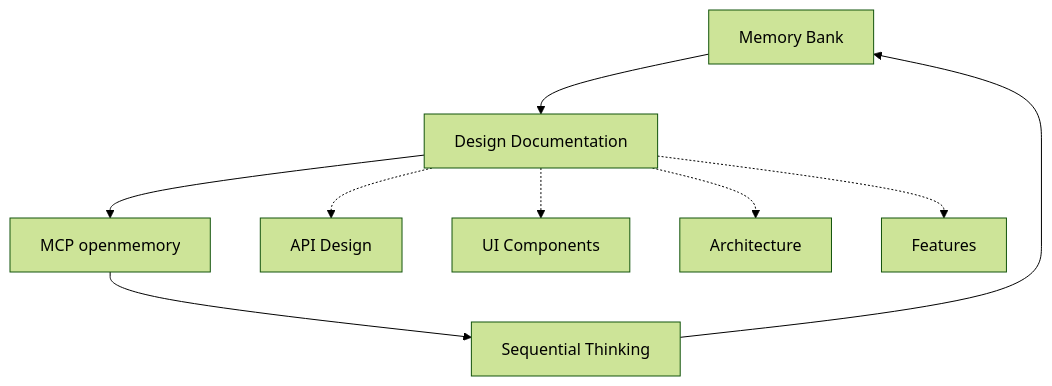
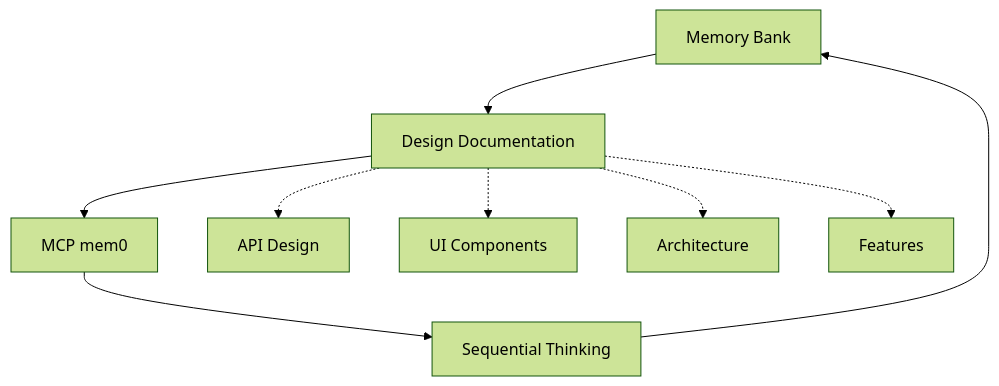
The first of 2 diagrams in .github/instructions/main.instructions.md (vinhltt/3_tihomo), drawn with Mermaid (forest theme) before and after one commit. The commit also changed other lines of this file and 8 other files, not shown here.

````diff
--- a/.github/instructions/main.instructions.md
+++ b/.github/instructions/main.instructions.md
@@ -19,12 +19,12 @@
 ```mermaid
 flowchart TD
     MB[Memory Bank] --> DD[Design Documentation]
-    DD --> MCP[MCP openmemory]
+    DD --> MCP[MCP mem0]
     MCP --> ST[Sequential Thinking]
     ST --> MB
     
     DD -.-> API[API Design]
     DD -.-> UI[UI Components]
     DD -.-> ARCH[Architecture]
     DD -.-> FEAT[Features]
 ```
````
